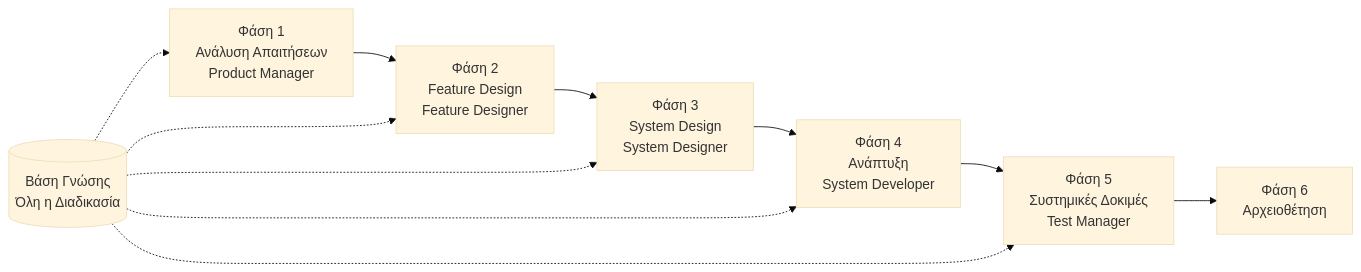
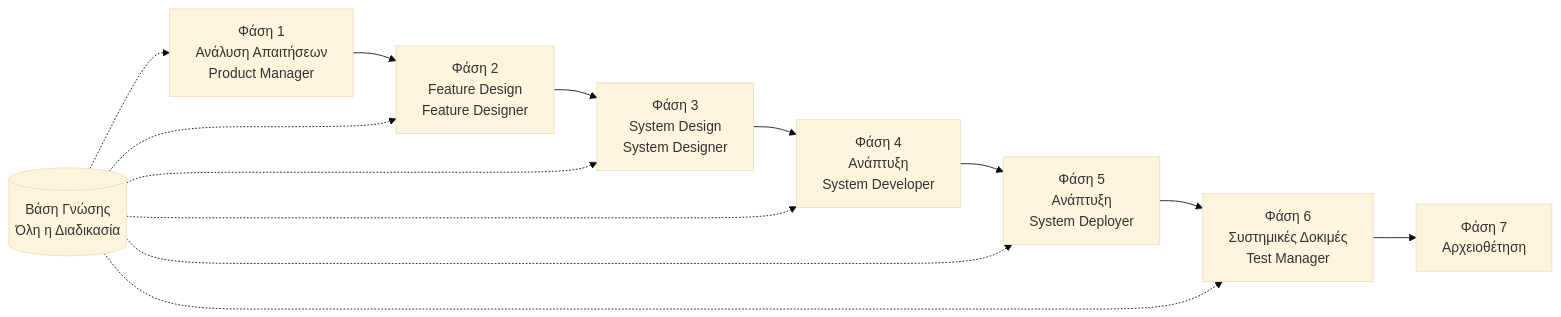
One commit to charlesmu99/speccrew changed the diagram in docs/GETTING-STARTED.el.md. Above: the diagram before and after it, drawn with Mermaid (base theme). The commit also changed other lines of this file and 35 other files, not shown here.

````diff
--- a/docs/GETTING-STARTED.el.md
+++ b/docs/GETTING-STARTED.el.md
@@ -144,14 +144,16 @@
 ```mermaid
 flowchart LR
     PRD[Φάση 1<br/>Ανάλυση Απαιτήσεων<br/>Product Manager] --> FD[Φάση 2<br/>Feature Design<br/>Feature Designer]
     FD --> SD[Φάση 3<br/>System Design<br/>System Designer]
     SD --> DEV[Φάση 4<br/>Ανάπτυξη<br/>System Developer]
-    DEV --> TEST[Φάση 5<br/>Συστημικές Δοκιμές<br/>Test Manager]
-    TEST --> ARCHIVE[Φάση 6<br/>Αρχειοθέτηση]
+    DEV --> DEPLOY[Φάση 5<br/>Ανάπτυξη<br/>System Deployer]
+    DEPLOY --> TEST[Φάση 6<br/>Συστημικές Δοκιμές<br/>Test Manager]
+    TEST --> ARCHIVE[Φάση 7<br/>Αρχειοθέτηση]
     
     KB[(Βάση Γνώσης<br/>Όλη η Διαδικασία)] -.-> PRD
     KB -.-> FD
     KB -.-> SD
     KB -.-> DEV
+    KB -.-> DEPLOY
     KB -.-> TEST
 ```
````
